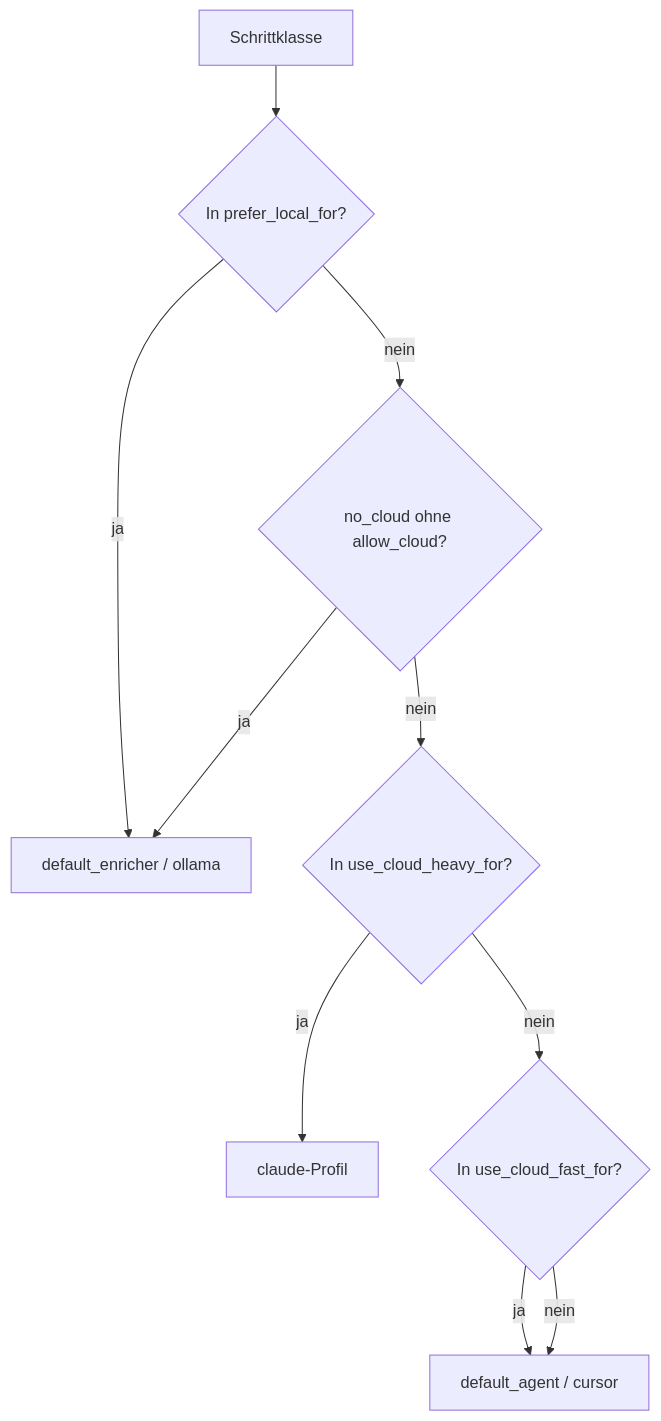
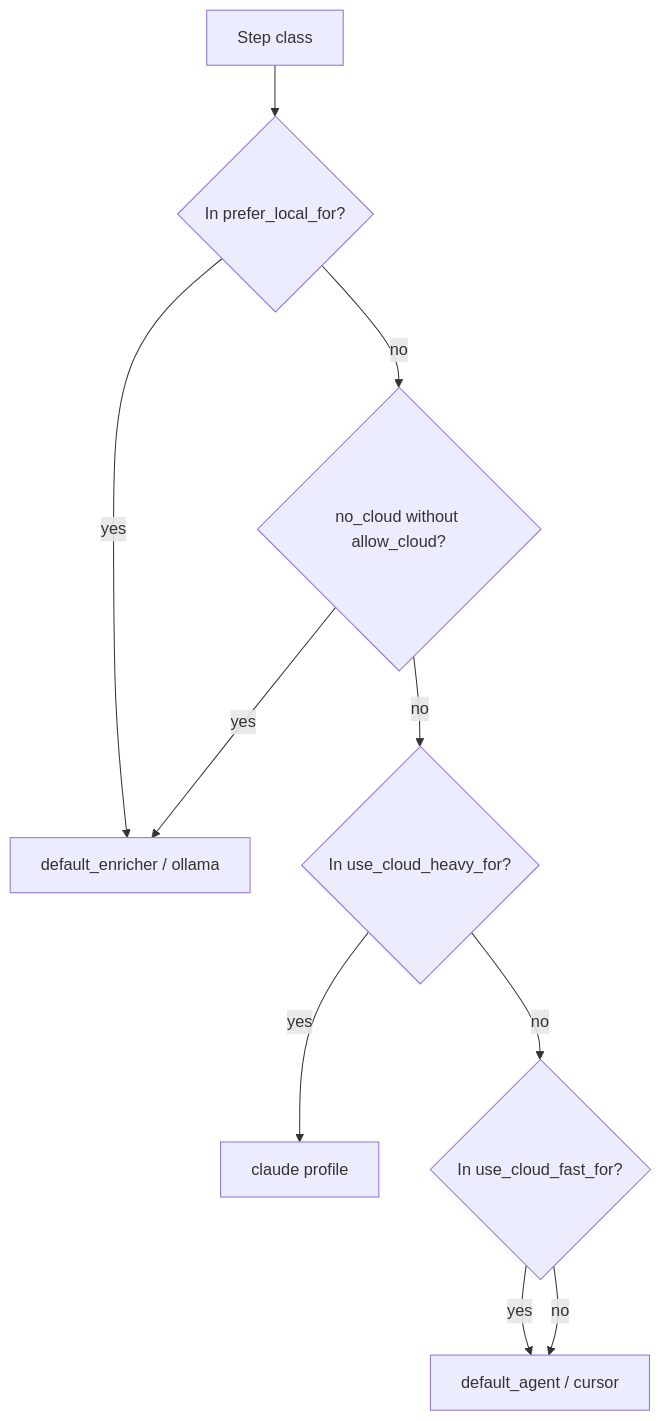
The diagram in docs-site/content/docs/de/configuration/routing.mdx (LaProgrammerie/asagiri), drawn with Mermaid before and after one commit. The commit also changed other lines of this file and 148 other files, not shown here.

````diff
--- a/docs-site/content/docs/de/configuration/routing.mdx
+++ b/docs-site/content/docs/de/configuration/routing.mdx
@@ -26,12 +30,12 @@
 ```mermaid
 flowchart TD
-  A[Schrittklasse] --> B{In prefer_local_for?}
-  B -->|ja| C[default_enricher / ollama]
-  B -->|nein| D{no_cloud ohne allow_cloud?}
-  D -->|ja| C
-  D -->|nein| E{In use_cloud_heavy_for?}
-  E -->|ja| F[claude-Profil]
-  E -->|nein| G{In use_cloud_fast_for?}
-  G -->|ja| H[default_agent / cursor]
-  G -->|nein| H
+  A[Step class] --> B{In prefer_local_for?}
+  B -->|yes| C[default_enricher / ollama]
+  B -->|no| D{no_cloud without allow_cloud?}
+  D -->|yes| C
+  D -->|no| E{In use_cloud_heavy_for?}
+  E -->|yes| F[claude profile]
+  E -->|no| G{In use_cloud_fast_for?}
+  G -->|yes| H[default_agent / cursor]
+  G -->|no| H
 ```
````
